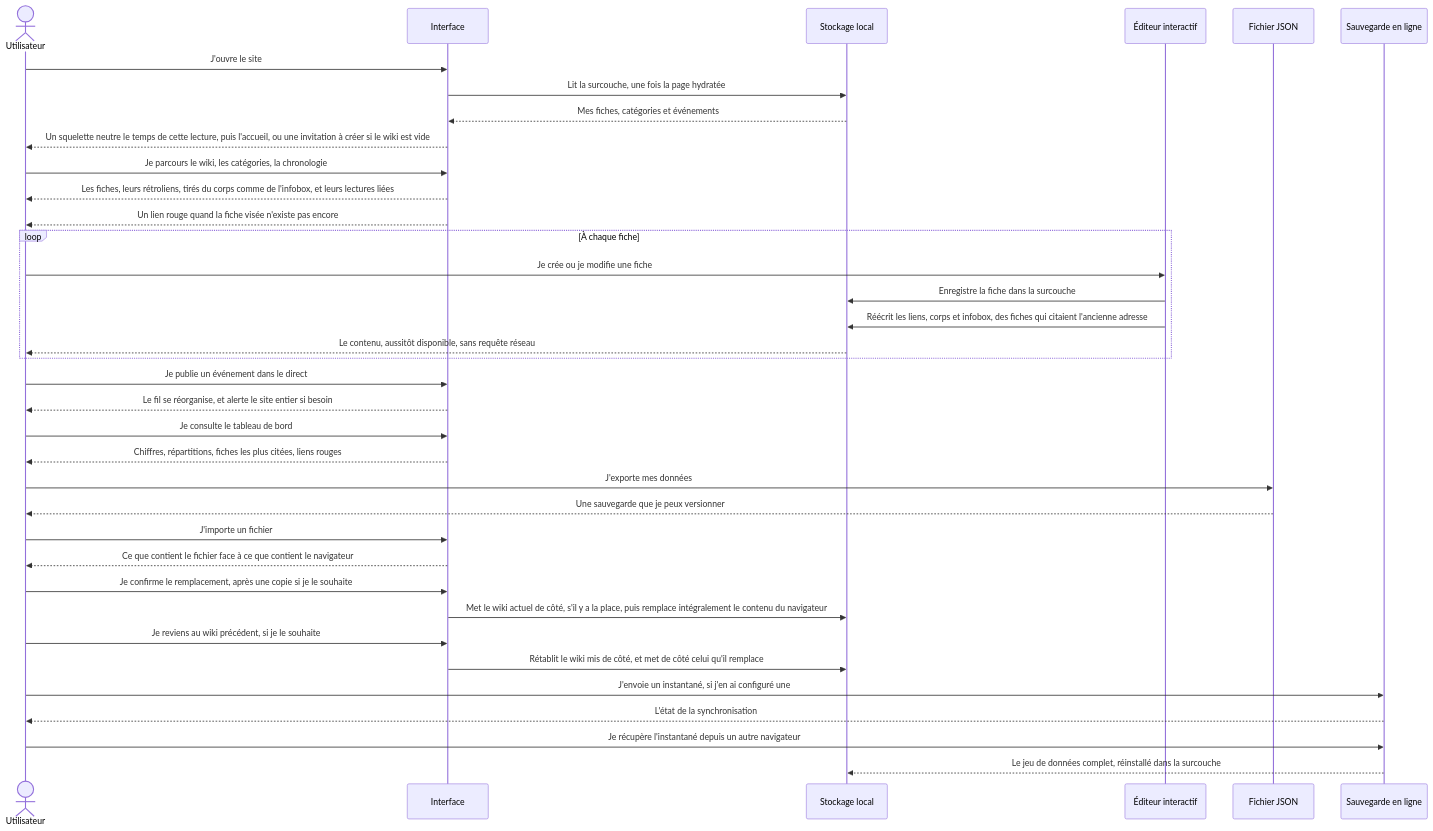
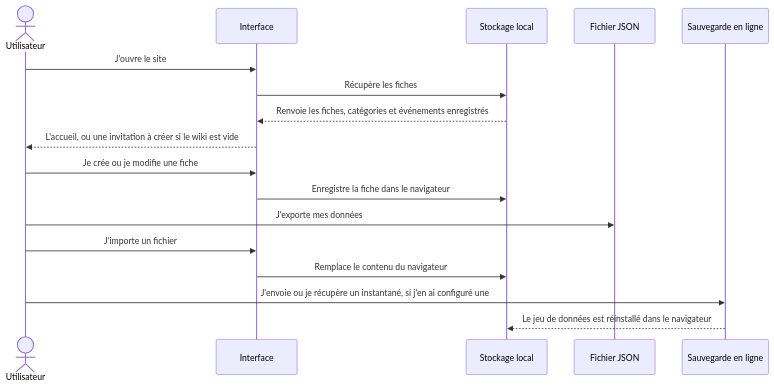
Before and after one commit to FlorianLeChat/Pericles-Initiative: the first of 2 diagrams in README.md, drawn with Mermaid. The commit also changed other lines of this file, not shown here.

Commit message:
chore(docs): simplify the mermaid diagrams in the readme to the basic features

````diff
--- a/README.md
+++ b/README.md
@@ -37,45 +37,23 @@
 ```mermaid
 sequenceDiagram
     actor Utilisateur
     participant Interface
     participant Stockage local
-    participant Éditeur interactif
     participant Fichier JSON
     participant Sauvegarde en ligne
 
     Utilisateur->>Interface: J'ouvre le site
-    Interface->>Stockage local: Lit la surcouche, une fois la page hydratée
-    Stockage local-->>Interface: Mes fiches, catégories et événements
-    Interface-->>Utilisateur: Un squelette neutre le temps de cette lecture, puis l'accueil, ou une invitation à créer si le wiki est vide
+    Interface->>Stockage local: Récupère les fiches
+    Stockage local-->>Interface: Renvoie les fiches, catégories et événements enregistrés
+    Interface-->>Utilisateur: L'accueil, ou une invitation à créer si le wiki est vide
 
-    Utilisateur->>Interface: Je parcours le wiki, les catégories, la chronologie
-    Interface-->>Utilisateur: Les fiches, leurs rétroliens, tirés du corps comme de l'infobox, et leurs lectures liées
-    Interface-->>Utilisateur: Un lien rouge quand la fiche visée n'existe pas encore
-
-    loop À chaque fiche
-        Utilisateur->>Éditeur interactif: Je crée ou je modifie une fiche
-        Éditeur interactif->>Stockage local: Enregistre la fiche dans la surcouche
-        Éditeur interactif->>Stockage local: Réécrit les liens, corps et infobox, des fiches qui citaient l'ancienne adresse
-        Stockage local-->>Utilisateur: Le contenu, aussitôt disponible, sans requête réseau
-    end
-
-    Utilisateur->>Interface: Je publie un événement dans le direct
-    Interface-->>Utilisateur: Le fil se réorganise, et alerte le site entier si besoin
-
-    Utilisateur->>Interface: Je consulte le tableau de bord
-    Interface-->>Utilisateur: Chiffres, répartitions, fiches les plus citées, liens rouges
+    Utilisateur->>Interface: Je crée ou je modifie une fiche
+    Interface->>Stockage local: Enregistre la fiche dans le navigateur
 
     Utilisateur->>Fichier JSON: J'exporte mes données
-    Fichier JSON-->>Utilisateur: Une sauvegarde que je peux versionner
     Utilisateur->>Interface: J'importe un fichier
-    Interface-->>Utilisateur: Ce que contient le fichier face à ce que contient le navigateur
-    Utilisateur->>Interface: Je confirme le remplacement, après une copie si je le souhaite
-    Interface->>Stockage local: Met le wiki actuel de côté, s'il y a la place, puis remplace intégralement le contenu du navigateur
-    Utilisateur->>Interface: Je reviens au wiki précédent, si je le souhaite
-    Interface->>Stockage local: Rétablit le wiki mis de côté, et met de côté celui qu'il remplace
+    Interface->>Stockage local: Remplace le contenu du navigateur
 
-    Utilisateur->>Sauvegarde en ligne: J'envoie un instantané, si j'en ai configuré une
-    Sauvegarde en ligne-->>Utilisateur: L'état de la synchronisation
-    Utilisateur->>Sauvegarde en ligne: Je récupère l'instantané depuis un autre navigateur
-    Sauvegarde en ligne-->>Stockage local: Le jeu de données complet, réinstallé dans la surcouche
+    Utilisateur->>Sauvegarde en ligne: J'envoie ou je récupère un instantané, si j'en ai configuré une
+    Sauvegarde en ligne-->>Stockage local: Le jeu de données est réinstallé dans le navigateur
 ```
````
